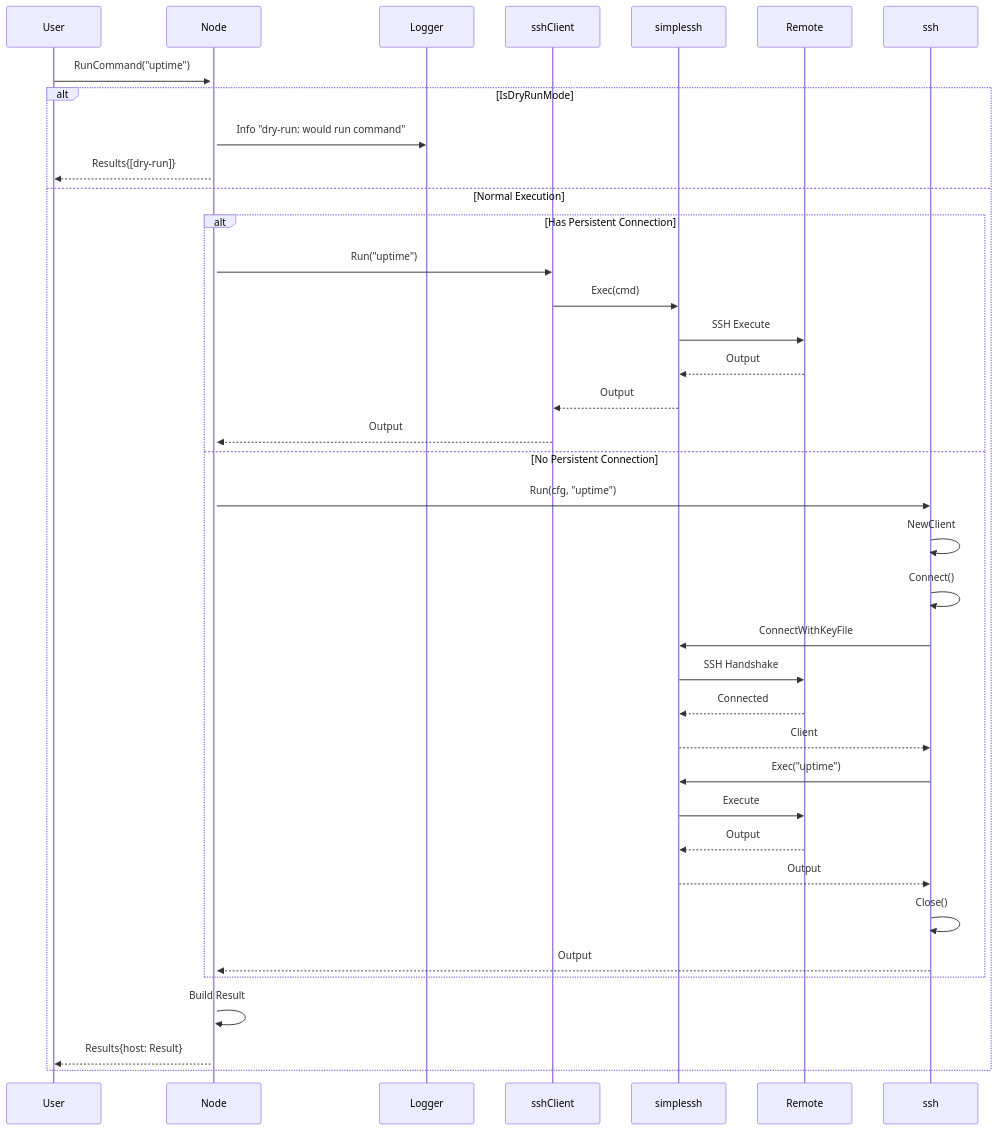
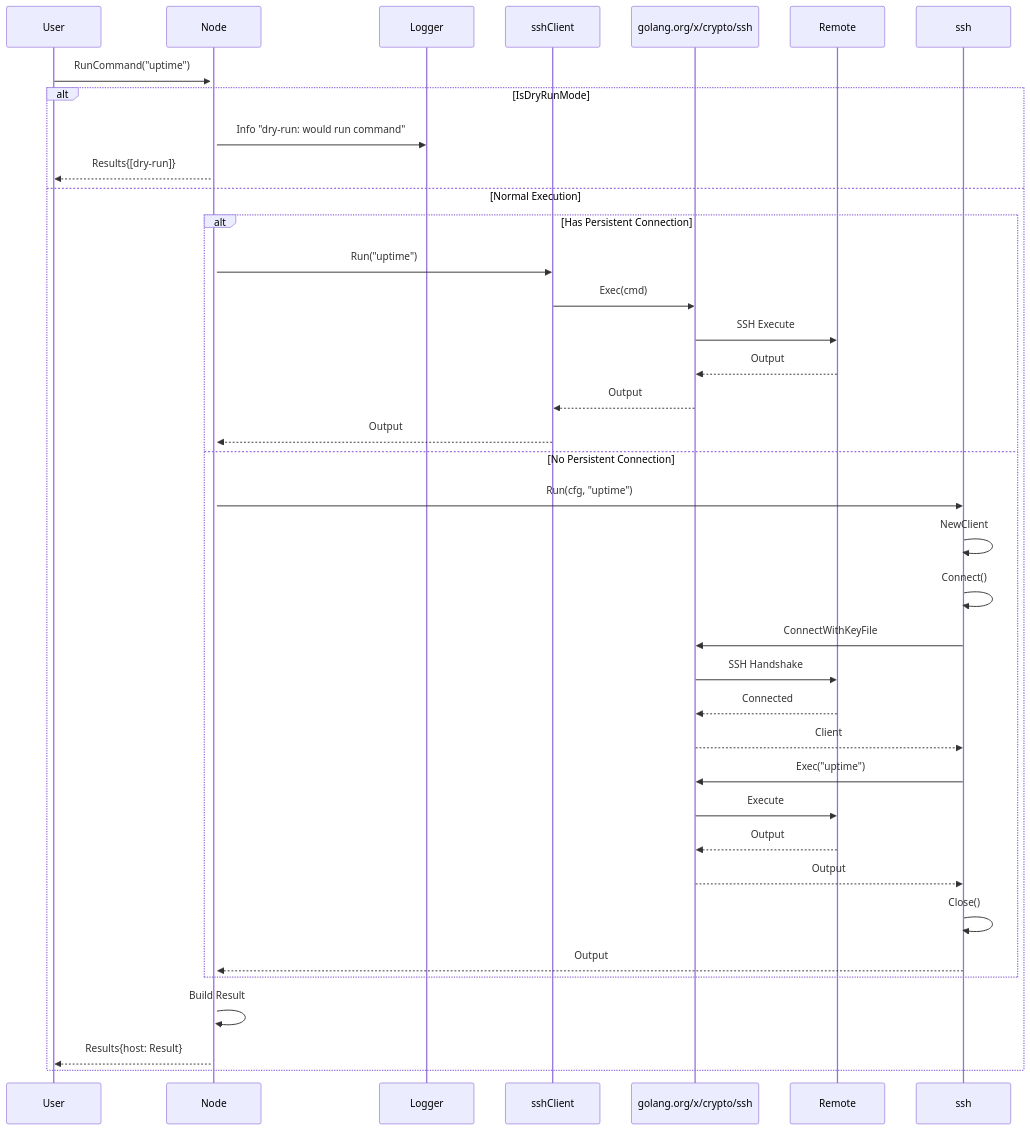
The third of 14 diagrams in docs/livewiki/data_flow.md (dracory/ork), drawn with Mermaid before and after one commit. The commit also changed other lines of this file and 9 other files, not shown here.

Commit message:
refactor: replace simplessh with golang.org/x/crypto/ssh for direct SSH implementation with custom algorithm support and known_hosts validation

````diff
--- a/docs/livewiki/data_flow.md
+++ b/docs/livewiki/data_flow.md
@@ -51,35 +51,35 @@
 ```mermaid
 sequenceDiagram
     User->>+Node: RunCommand("uptime")
     
     alt IsDryRunMode
         Node->>Logger: Info "dry-run: would run command"
         Node-->>User: Results{[dry-run]}
     else Normal Execution
         alt Has Persistent Connection
             Node->>sshClient: Run("uptime")
-            sshClient->>simplessh: Exec(cmd)
-            simplessh->>Remote: SSH Execute
-            Remote-->>simplessh: Output
-            simplessh-->>sshClient: Output
+            sshClient->>golang.org/x/crypto/ssh: Exec(cmd)
+            golang.org/x/crypto/ssh->>Remote: SSH Execute
+            Remote-->>golang.org/x/crypto/ssh: Output
+            golang.org/x/crypto/ssh-->>sshClient: Output
             sshClient-->>Node: Output
         else No Persistent Connection
             Node->>ssh: Run(cfg, "uptime")
             ssh->>ssh: NewClient
             ssh->>ssh: Connect()
-            ssh->>simplessh: ConnectWithKeyFile
-            simplessh->>Remote: SSH Handshake
-            Remote-->>simplessh: Connected
-            simplessh-->>ssh: Client
-            ssh->>simplessh: Exec("uptime")
-            simplessh->>Remote: Execute
-            Remote-->>simplessh: Output
-            simplessh-->>ssh: Output
+            ssh->>golang.org/x/crypto/ssh: ConnectWithKeyFile
+            golang.org/x/crypto/ssh->>Remote: SSH Handshake
+            Remote-->>golang.org/x/crypto/ssh: Connected
+            golang.org/x/crypto/ssh-->>ssh: Client
+            ssh->>golang.org/x/crypto/ssh: Exec("uptime")
+            golang.org/x/crypto/ssh->>Remote: Execute
+            Remote-->>golang.org/x/crypto/ssh: Output
+            golang.org/x/crypto/ssh-->>ssh: Output
             ssh->>ssh: Close()
             ssh-->>Node: Output
         end
         
         Node->>Node: Build Result
         Node-->>User: Results{host: Result}
     end
 ```
````
